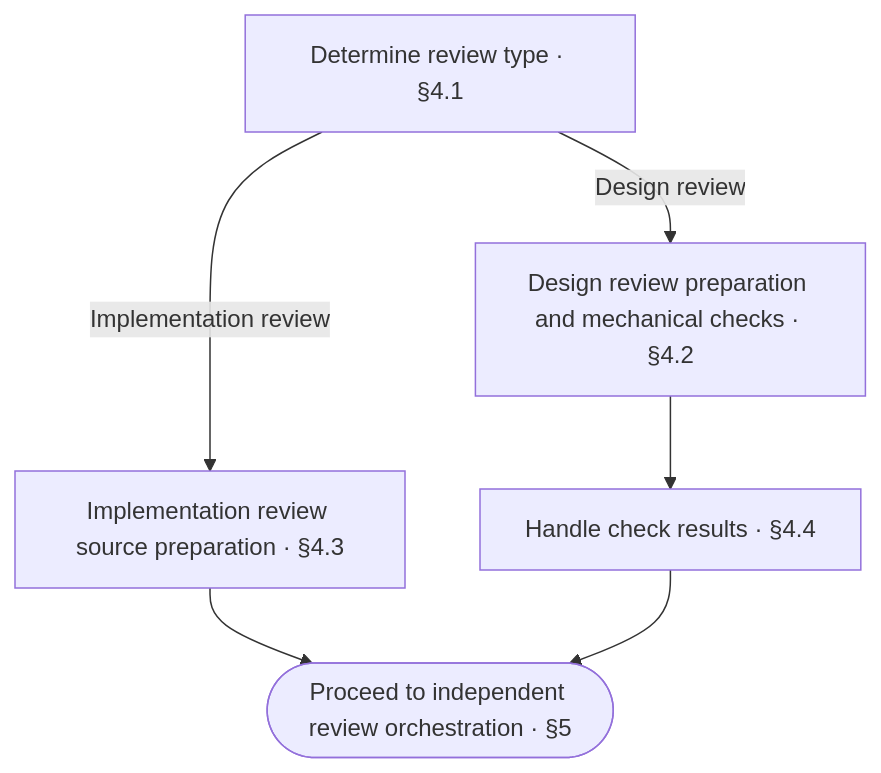
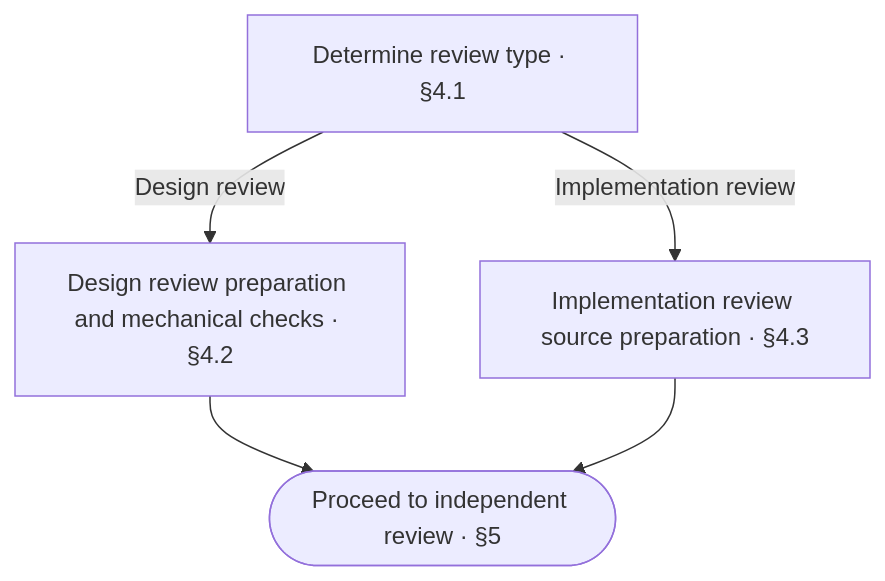
One commit to ruozi/anyone-can-architect changed the second of 2 diagrams in dist/antigravity-cli/aca-review/SKILL.md. Above: the diagram before and after it, drawn with Mermaid. The commit also changed other lines of this file and 132 other files, not shown here.

Commit message:
feat(review): simplify review tasks, structure-only scope, cross-module gates, and walkthrough expression check

````diff
--- a/dist/antigravity-cli/aca-review/SKILL.md
+++ b/dist/antigravity-cli/aca-review/SKILL.md
@@ -138,8 +134,7 @@
 ```mermaid
 flowchart TD
     Kind["Determine review type · §4.1"] -- Design review --> Design["Design review preparation and mechanical checks · §4.2"]
     Kind -- Implementation review --> Implementation["Implementation review source preparation · §4.3"]
-    Design --> Results["Handle check results · §4.4"]
-    Implementation --> Next(["Proceed to independent review orchestration · §5"])
-    Results --> Next
+    Design --> Next(["Proceed to independent review · §5"])
+    Implementation --> Next
 ```
````
